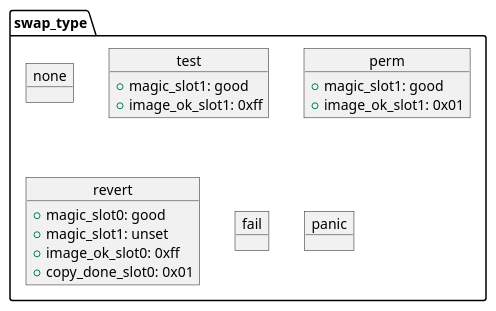
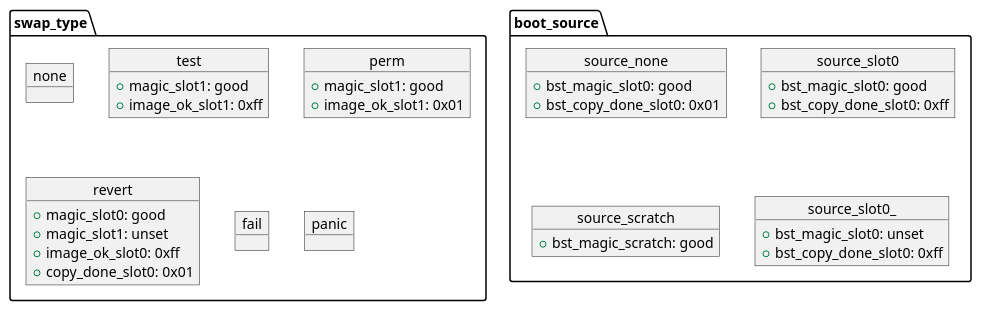
Before and after one commit to Rand1804/self-study: the diagram in Microcontroller/MCUboot/boot_swap_type.puml, drawn with PlantUML. The commit also changed 3 other files, not shown here.

```diff
--- a/Microcontroller/MCUboot/boot_swap_type.puml
+++ b/Microcontroller/MCUboot/boot_swap_type.puml
@@ -1,39 +1,68 @@
 @startuml swap_type
 
 package swap_type {
     object none {
         
     }
 
     object test {
         + magic_slot1: good
         + image_ok_slot1: 0xff
     }
 
     object perm {
         + magic_slot1: good
         + image_ok_slot1: 0x01
     }
 
     object revert {
         + magic_slot0: good
         + magic_slot1: unset
         + image_ok_slot0: 0xff
         + copy_done_slot0: 0x01
     }
 
     object fail {
         
     }
 
     object panic {
         
     }
 }
 
+package boot_source {
+    object source_none {
+        + bst_magic_slot0: good
+        + bst_copy_done_slot0: 0x01
+    }
+
+    object source_slot0 {
+        + bst_magic_slot0: good
+        + bst_copy_done_slot0: 0xff
+    }
+
+    object source_scratch {
+        + bst_magic_scratch: good
+    }
+
+    object source_slot0_ {
+        + bst_magic_slot0: unset
+        + bst_copy_done_slot0: 0xff
+    }
+
+    object fail {
+        
+    }
+
+    object panic {
+        
+    }
+}
+
 
 
 
 
 
 @enduml
```
